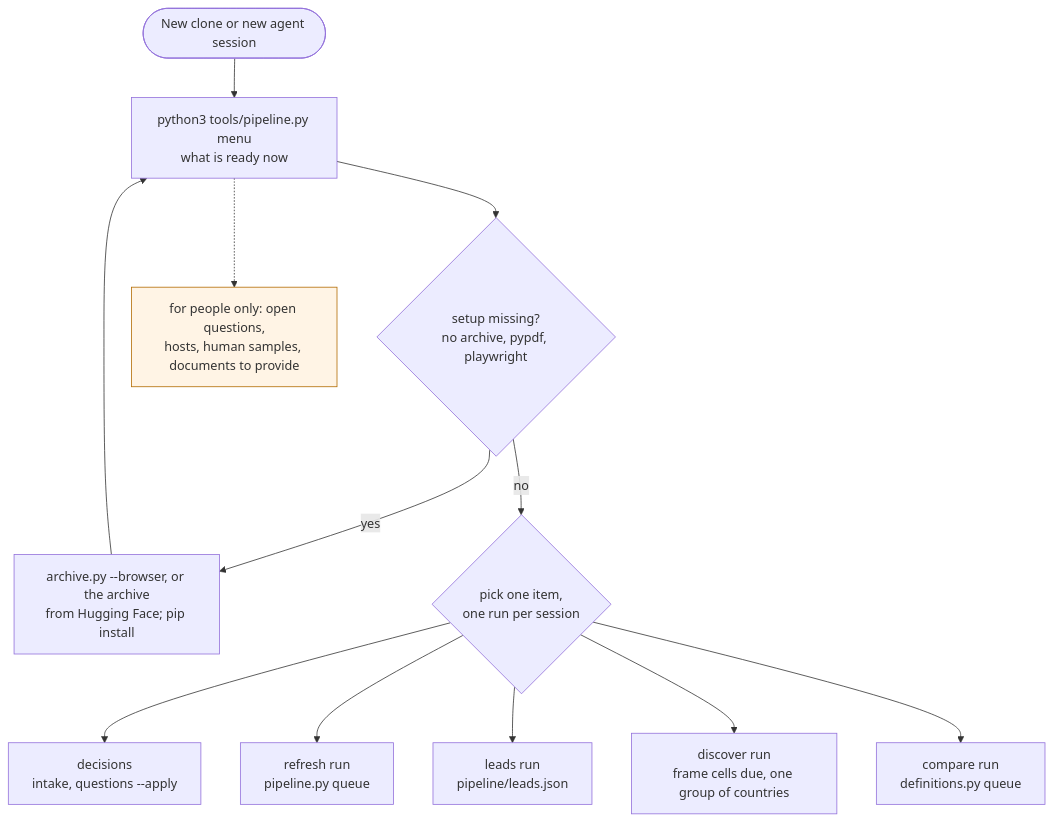
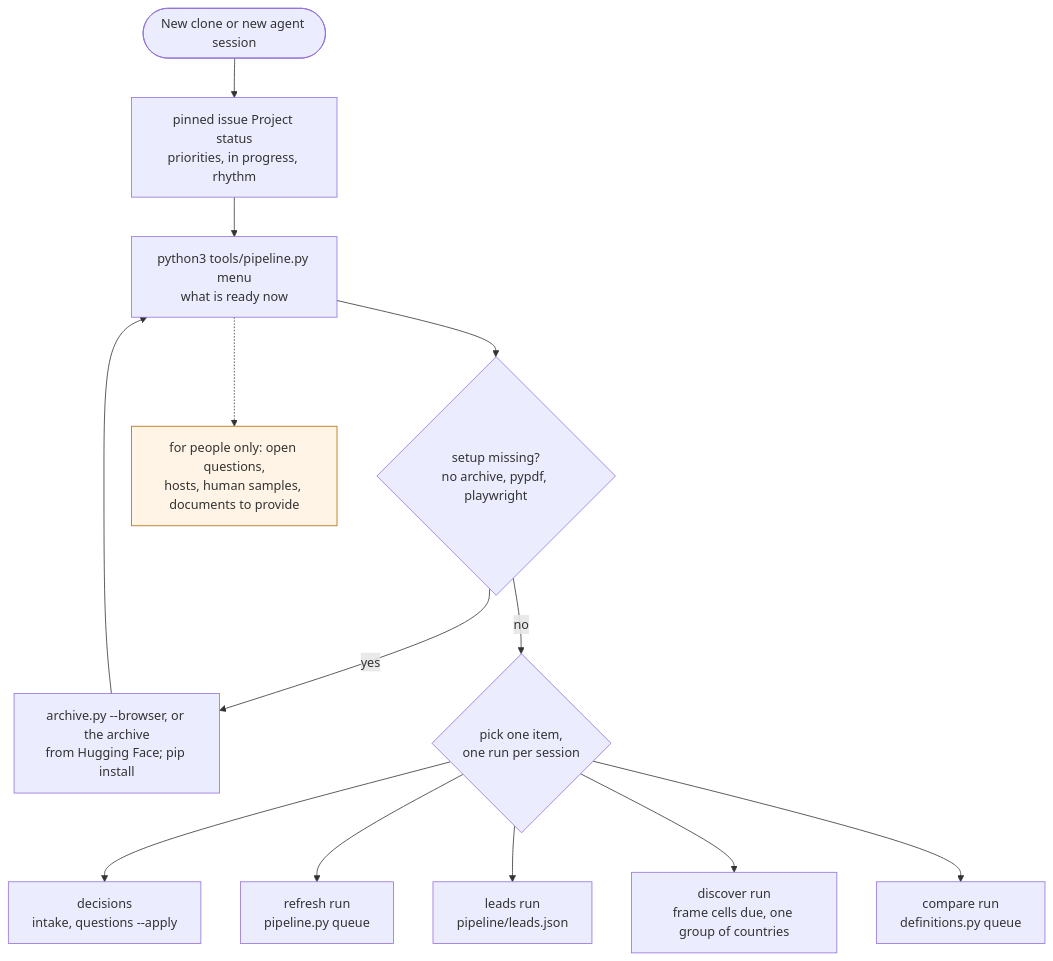
Before and after one commit to kelkalot/ai-safety-policy-register: the first of 4 diagrams in pipeline/flow.md, drawn with Mermaid. The commit also changed other lines of this file and 6 other files, not shown here.

First line of the commit message:
A pinned Project status issue, generated from the repository and GitHub

````diff
--- a/pipeline/flow.md
+++ b/pipeline/flow.md
@@ -7,16 +7,17 @@
 ```mermaid
 flowchart TD
-    start(["New clone or new agent session"]) --> menu["python3 tools/pipeline.py menu<br/>what is ready now"]
+    start(["New clone or new agent session"]) --> board["pinned issue Project status<br/>priorities, in progress, rhythm"]
+    board --> menu["python3 tools/pipeline.py menu<br/>what is ready now"]
     menu --> setup{"setup missing?<br/>no archive, pypdf, playwright"}
     setup -- yes --> fix["archive.py --browser, or the archive<br/>from Hugging Face; pip install"]
     fix --> menu
     setup -- no --> pick{"pick one item,<br/>one run per session"}
     pick --> dec["decisions<br/>intake, questions --apply"]
     pick --> ref["refresh run<br/>pipeline.py queue"]
     pick --> lead["leads run<br/>pipeline/leads.json"]
     pick --> disc["discover run<br/>frame cells due, one group of countries"]
     pick --> comp["compare run<br/>definitions.py queue"]
     menu -.-> people["for people only: open questions,<br/>hosts, human samples, documents to provide"]
     classDef human fill:#fff4e5,stroke:#b26b00
     class people human
 ```
````
